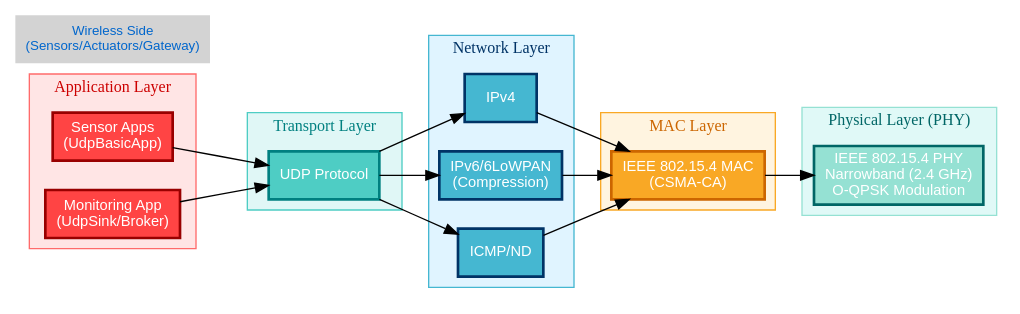
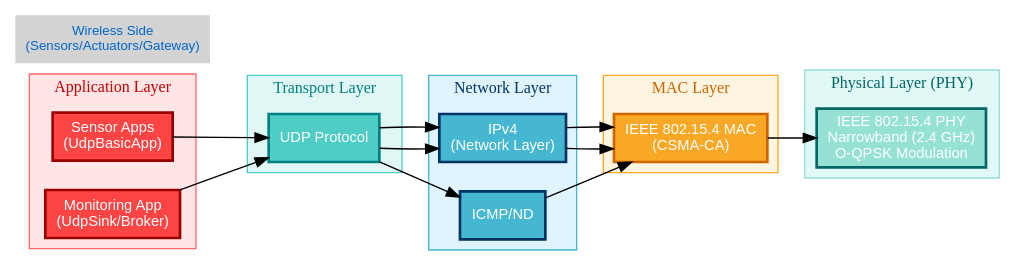
The diagram in protocol_stack_diagram.dot (Eng-Nawras/SmartHomeProject), drawn with Graphviz before and after one commit. The commit also changed 213 other files, not shown here.

```diff
--- a/protocol_stack_diagram.dot
+++ b/protocol_stack_diagram.dot
@@ -1,84 +1,84 @@
 digraph ProtocolStack {
     rankdir=LR;
     nodesep=0.3;
     ranksep=0.5;
     node [fontname="Arial", fontsize=11, shape=box, style=filled];
     edge [fontname="Arial", fontsize=9];
 
     // Application Layer
     subgraph cluster_app {
         label = "Application Layer";
         color = "#FF6B6B";
         style = filled;
         fillcolor = "#FFE5E5";
         fontcolor = "#CC0000";
         fontsize = 12;
 
         app1 [label="Sensor Apps\n(UdpBasicApp)", fillcolor="#FF4444", color="#990000", fontcolor="white", penwidth=2];
         app2 [label="Monitoring App\n(UdpSink/Broker)", fillcolor="#FF4444", color="#990000", fontcolor="white", penwidth=2];
     }
 
     // Transport Layer
     subgraph cluster_transport {
         label = "Transport Layer";
         color = "#4ECDC4";
         style = filled;
         fillcolor = "#E0F7F6";
         fontcolor = "#008080";
         fontsize = 12;
 
         udp [label="UDP Protocol", fillcolor="#4ECDC4", color="#008080", fontcolor="white", penwidth=2];
     }
 
     // Network Layer
     subgraph cluster_network {
         label = "Network Layer";
         color = "#45B7D1";
         style = filled;
         fillcolor = "#E0F4FF";
         fontcolor = "#003366";
         fontsize = 12;
 
         ipv4 [label="IPv4", fillcolor="#45B7D1", color="#003366", fontcolor="white", penwidth=2];
-        ipv6 [label="IPv6/6LoWPAN\n(Compression)", fillcolor="#45B7D1", color="#003366", fontcolor="white", penwidth=2];
+        ipv4 [label="IPv4\n(Network Layer)", fillcolor="#45B7D1", color="#003366", fontcolor="white", penwidth=2];
         icmp [label="ICMP/ND", fillcolor="#45B7D1", color="#003366", fontcolor="white", penwidth=2];
     }
 
     // MAC Layer
     subgraph cluster_mac {
         label = "MAC Layer";
         color = "#F9A825";
         style = filled;
         fillcolor = "#FFF4E0";
         fontcolor = "#CC6600";
         fontsize = 12;
 
         mac802 [label="IEEE 802.15.4 MAC\n(CSMA-CA)", fillcolor="#F9A825", color="#CC6600", fontcolor="white", penwidth=2];
     }
 
     // Physical Layer
     subgraph cluster_phy {
         label = "Physical Layer (PHY)";
         color = "#95E1D3";
         style = filled;
         fillcolor = "#E0F9F7";
         fontcolor = "#006666";
         fontsize = 12;
 
         phy [label="IEEE 802.15.4 PHY\nNarrowband (2.4 GHz)\nO-QPSK Modulation", fillcolor="#95E1D3", color="#006666", fontcolor="white", penwidth=2];
     }
 
     // Connections
     app1 -> udp;
     app2 -> udp;
     udp -> ipv4;
-    udp -> ipv6;
+    udp -> ipv4;
     udp -> icmp;
     ipv4 -> mac802;
-    ipv6 -> mac802;
+    ipv4 -> mac802;
     icmp -> mac802;
     mac802 -> phy;
 
     // Side annotations for wireless side
     side [label="Wireless Side\n(Sensors/Actuators/Gateway)", shape=none, fontsize=10, fontcolor="#0066CC"];
 }
```
